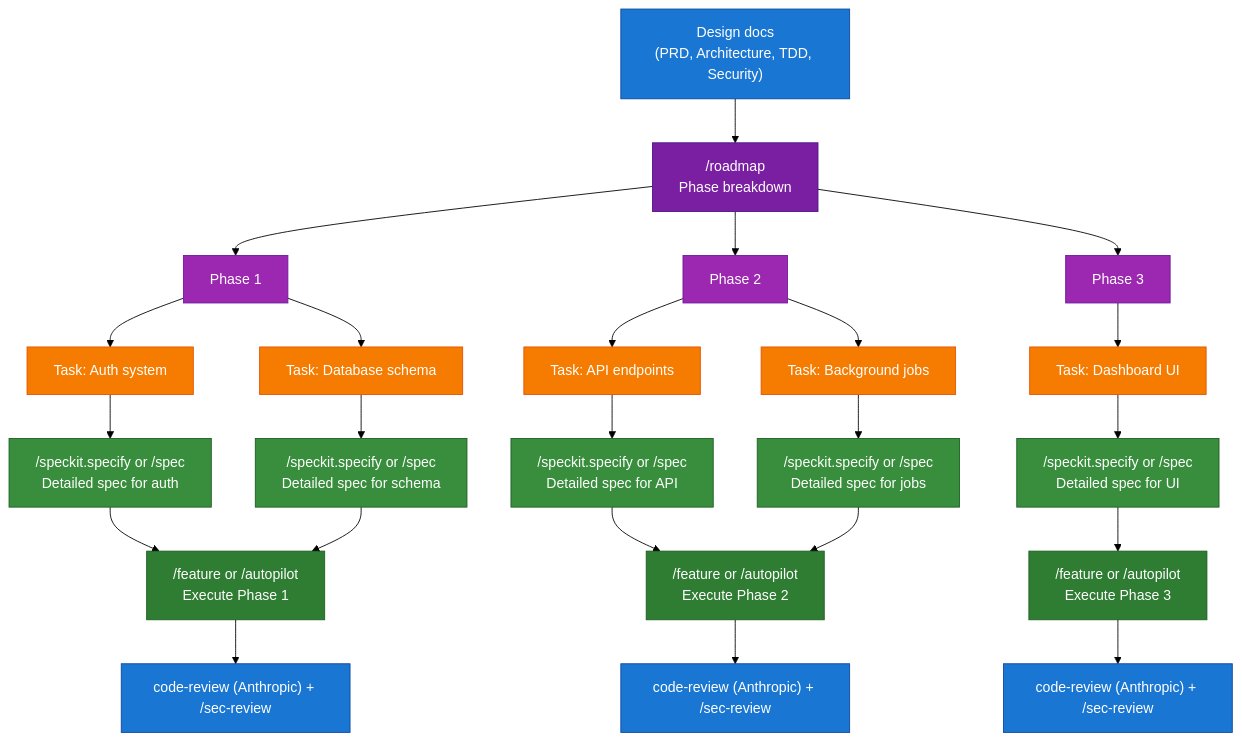
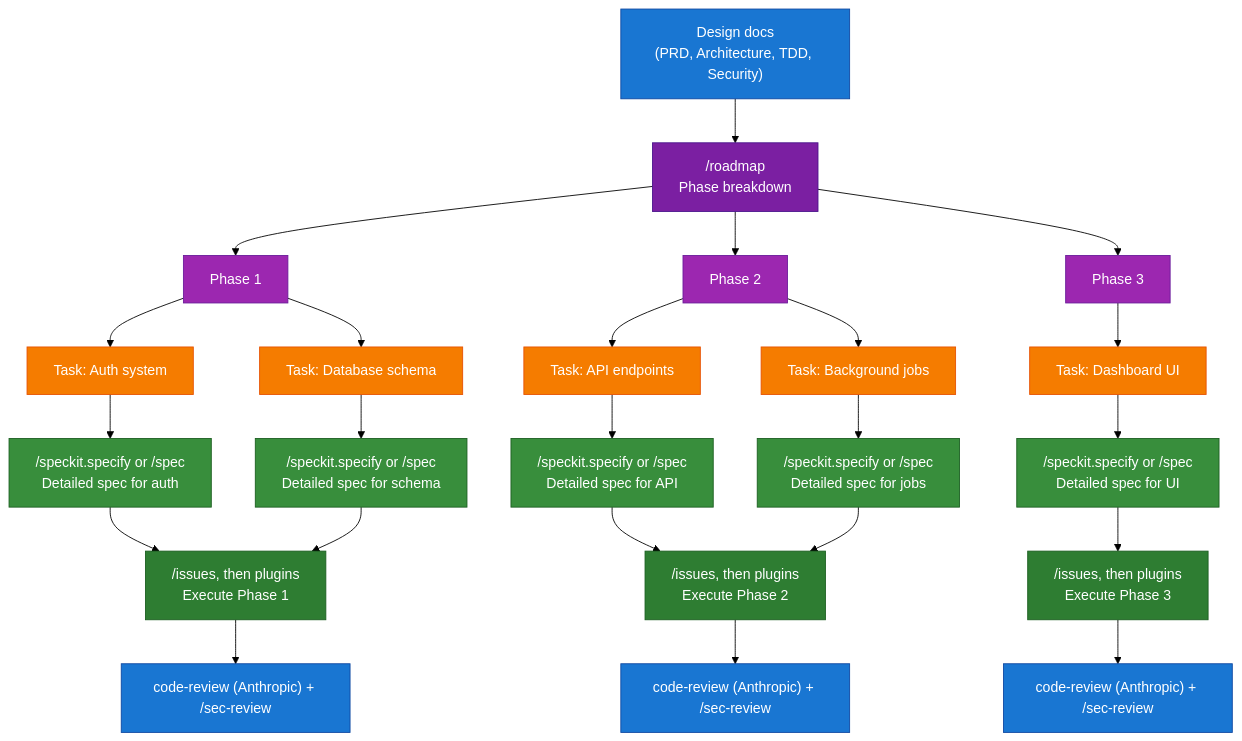
The fourth of 5 diagrams in docs/speckit-integration.md (0xrafasec/ai-workflow), drawn with Mermaid (forest theme) before and after one commit. The commit also changed other lines of this file and 9 other files, not shown here.

````diff
--- a/docs/speckit-integration.md
+++ b/docs/speckit-integration.md
@@ -270,54 +272,54 @@
 ```mermaid
 flowchart TD
     DOCS["Design docs<br/>(PRD, Architecture, TDD, Security)"] --> ROAD["/roadmap<br/>Phase breakdown"]
 
     ROAD --> P1["Phase 1"]
     ROAD --> P2["Phase 2"]
     ROAD --> P3["Phase 3"]
 
     P1 --> T1A["Task: Auth system"]
     P1 --> T1B["Task: Database schema"]
 
     P2 --> T2A["Task: API endpoints"]
     P2 --> T2B["Task: Background jobs"]
 
     P3 --> T3A["Task: Dashboard UI"]
 
     T1A --> S1A["/speckit.specify or /spec<br/>Detailed spec for auth"]
     T1B --> S1B["/speckit.specify or /spec<br/>Detailed spec for schema"]
     T2A --> S2A["/speckit.specify or /spec<br/>Detailed spec for API"]
     T2B --> S2B["/speckit.specify or /spec<br/>Detailed spec for jobs"]
     T3A --> S3A["/speckit.specify or /spec<br/>Detailed spec for UI"]
 
-    S1A --> E1["/feature or /autopilot<br/>Execute Phase 1"]
+    S1A --> E1["/issues, then plugins<br/>Execute Phase 1"]
     S1B --> E1
-    S2A --> E2["/feature or /autopilot<br/>Execute Phase 2"]
+    S2A --> E2["/issues, then plugins<br/>Execute Phase 2"]
     S2B --> E2
-    S3A --> E3["/feature or /autopilot<br/>Execute Phase 3"]
+    S3A --> E3["/issues, then plugins<br/>Execute Phase 3"]
 
     E1 --> R1["code-review (Anthropic) + /sec-review"]
     E2 --> R2["code-review (Anthropic) + /sec-review"]
     E3 --> R3["code-review (Anthropic) + /sec-review"]
 
     style DOCS fill:#1976D2,stroke:#0D47A1,color:#fff
     style ROAD fill:#7B1FA2,stroke:#4A148C,color:#fff
     style P1 fill:#9C27B0,stroke:#6A1B9A,color:#fff
     style P2 fill:#9C27B0,stroke:#6A1B9A,color:#fff
     style P3 fill:#9C27B0,stroke:#6A1B9A,color:#fff
     style T1A fill:#F57C00,stroke:#E65100,color:#fff
     style T1B fill:#F57C00,stroke:#E65100,color:#fff
     style T2A fill:#F57C00,stroke:#E65100,color:#fff
     style T2B fill:#F57C00,stroke:#E65100,color:#fff
     style T3A fill:#F57C00,stroke:#E65100,color:#fff
     style S1A fill:#388E3C,stroke:#1B5E20,color:#fff
     style S1B fill:#388E3C,stroke:#1B5E20,color:#fff
     style S2A fill:#388E3C,stroke:#1B5E20,color:#fff
     style S2B fill:#388E3C,stroke:#1B5E20,color:#fff
     style S3A fill:#388E3C,stroke:#1B5E20,color:#fff
     style E1 fill:#2E7D32,stroke:#1B5E20,color:#fff
     style E2 fill:#2E7D32,stroke:#1B5E20,color:#fff
     style E3 fill:#2E7D32,stroke:#1B5E20,color:#fff
     style R1 fill:#1976D2,stroke:#0D47A1,color:#fff
     style R2 fill:#1976D2,stroke:#0D47A1,color:#fff
     style R3 fill:#1976D2,stroke:#0D47A1,color:#fff
 ```
````
